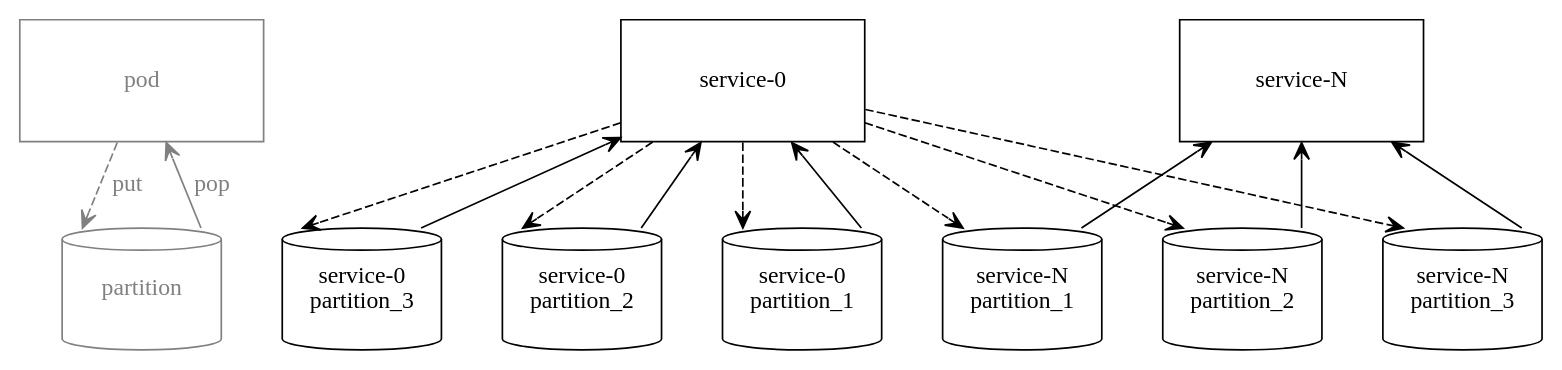
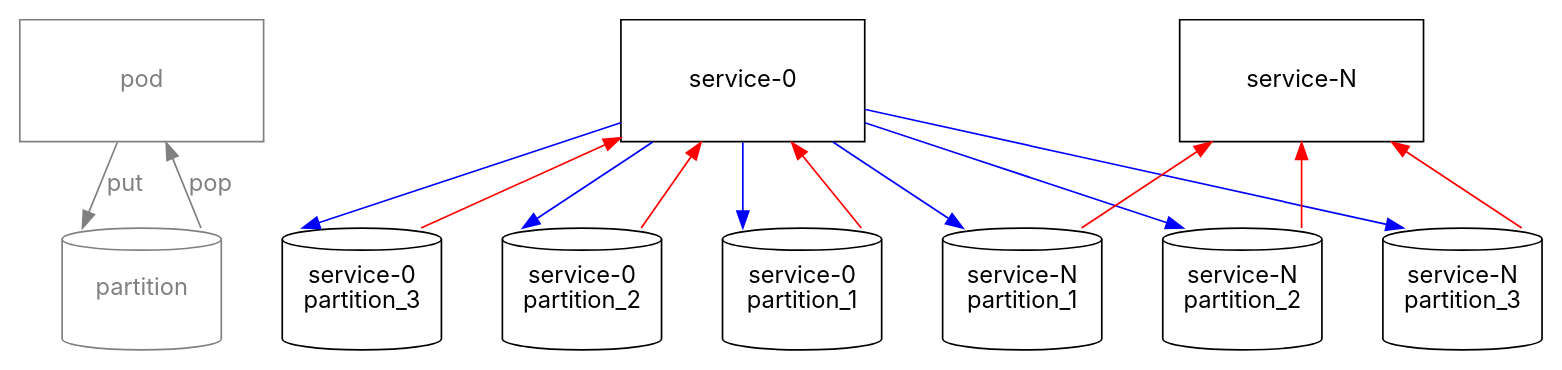
Before and after one commit to Leapsight/reliable: the diagram in design/instances.dot, drawn with Graphviz. The commit also changed 13 other files, not shown here.

```diff
--- a/design/instances.dot
+++ b/design/instances.dot
@@ -1,46 +1,49 @@
 digraph G {
     rankdir=TD;
     ranksep=0.5
     nodesep=0.5
     splines=false;
 
+    graph [fontname="BlinkMacSystemFont"]
+    node [fontname="BlinkMacSystemFont" height=1 fixedsize=true]
+    edge [fontname="BlinkMacSystemFont"]
 
     node [shape=box width=2 height=1 fixedsize=true]
         pod [label="pod" color=gray fontcolor=gray]
 
         pod0 [label="service-0"]
         pod2 [label="service-N"]
 
     node [shape=cylinder, width=1.3 height=1 fixedsize=true]
         partition [label="partition"  color=gray fontcolor=gray]
 
         bucket0 [label="service-0\npartition_1"]
         bucket1 [label="service-0\npartition_2"]
         bucket2 [label="service-0\npartition_3"]
 
         bucket3 [label="service-N\npartition_1"]
         bucket4 [label="service-N\npartition_2"]
         bucket5 [label="service-N\npartition_3"]
 
-    edge [arrowtail=vee arrowhead=vee dir=back]
+    edge [dir=back color=red]
         pod -> partition:ne [label="pop" color=gray fontcolor=gray]
         pod0 -> bucket0:ne
         pod0 -> bucket1:ne
         pod0 -> bucket2:ne
 
         pod2 -> bucket3:ne
         pod2 -> bucket4:ne
         pod2 -> bucket5:ne
 
-    edge [arrowtail=vee dir=forward style=dashed]
+    edge [dir=forward color=blue]
         pod -> partition:nw [label="put" color=gray fontcolor=gray]
         pod0 -> bucket0:nw
         pod0 -> bucket1:nw
         pod0 -> bucket2:nw
         pod0 -> bucket3:nw
         pod0 -> bucket4:nw
         pod0 -> bucket5:nw
 
 
 
 }
```
